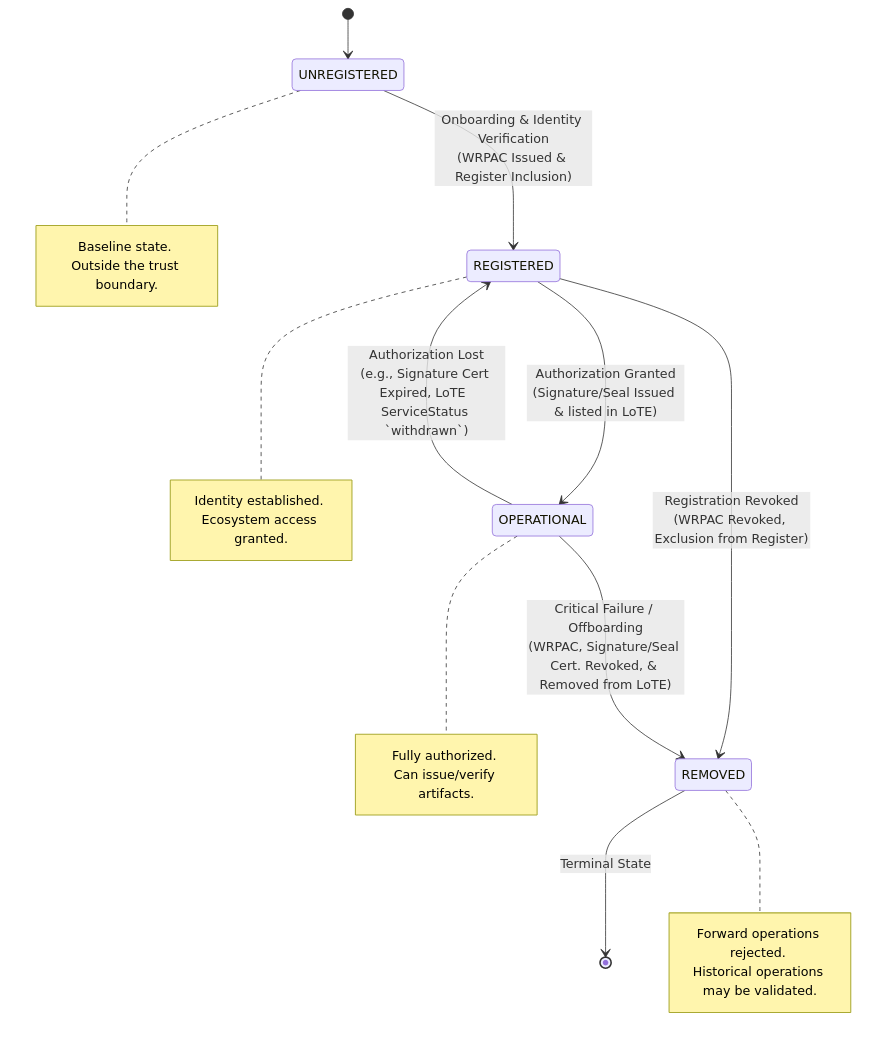
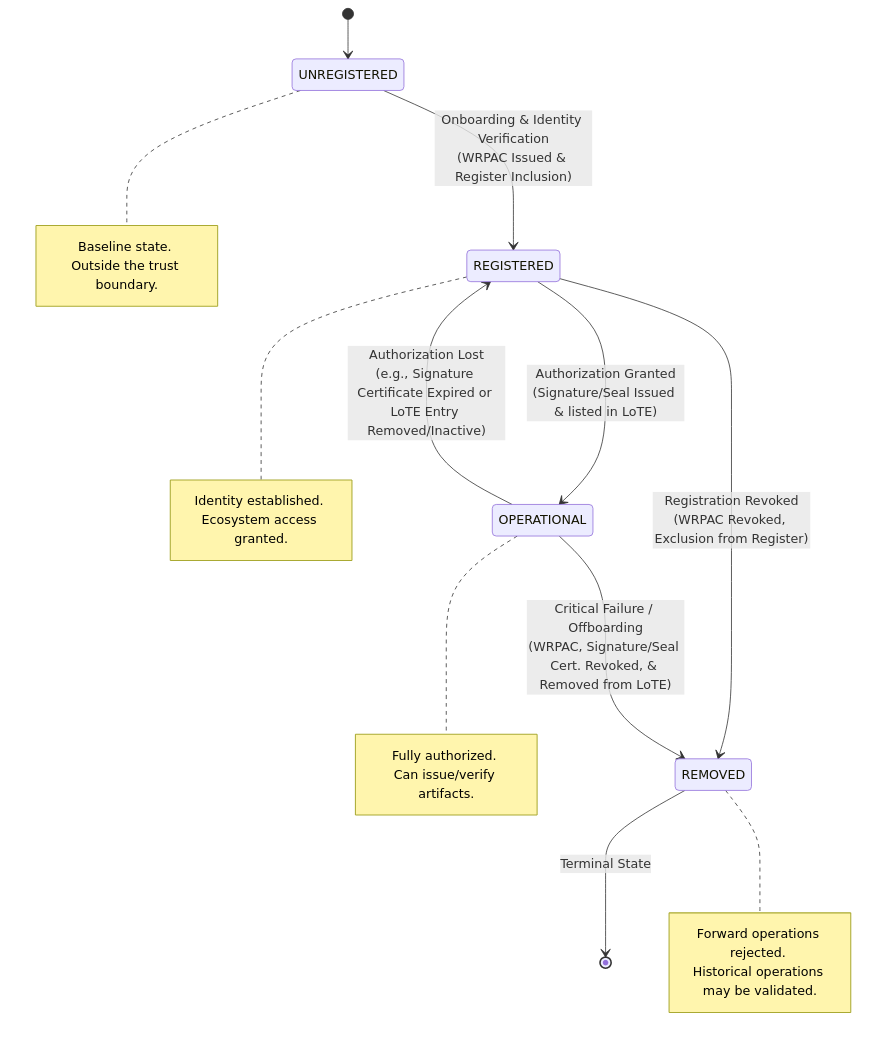
The third of 4 diagrams in docs/topics/trust-management-process.md (APTITUDE-Consortium/wp2-trust-specifications), drawn with Mermaid before and after one commit. The commit also changed other lines of this file, not shown here.

````diff
--- a/docs/topics/trust-management-process.md
+++ b/docs/topics/trust-management-process.md
@@ -287,44 +262,44 @@
 ```mermaid
 stateDiagram-v2
     %% Define states
     [*] --> Unreg
     
     state "UNREGISTERED" as Unreg
     state "REGISTERED" as Reg
     state "OPERATIONAL" as Op
     state "REMOVED" as Withdrawn
     
     %% Define transitions
     Unreg --> Reg : Onboarding & Identity Verification<br>(WRPAC Issued & Register Inclusion)
     
     Reg --> Op : Authorization Granted<br>(Signature/Seal Issued & listed in LoTE)
     
-    Op --> Reg : Authorization Lost<br>(e.g., Signature Cert Expired, LoTE  ServiceStatus `withdrawn`)
+    Op --> Reg : Authorization Lost<br>(e.g., Signature Certificate Expired or LoTE Entry Removed/Inactive)
     
     Reg --> Withdrawn : Registration Revoked<br>(WRPAC Revoked, Exclusion from Register)
     
     Op --> Withdrawn : Critical Failure / Offboarding<br>(WRPAC, Signature/Seal Cert. Revoked, & Removed from LoTE)
     
     Withdrawn --> [*] : Terminal State
     
     %% Add descriptive notes
     note right of Unreg
         Baseline state. 
         Outside the trust boundary.
     end note
     
     note right of Reg
         Identity established. 
         Ecosystem access granted.
     end note
     
     note right of Op
         Fully authorized. 
         Can issue/verify artifacts.
     end note
     
     note right of Withdrawn
         Forward operations rejected. 
         Historical operations may be validated.
     end note
 ```
````
